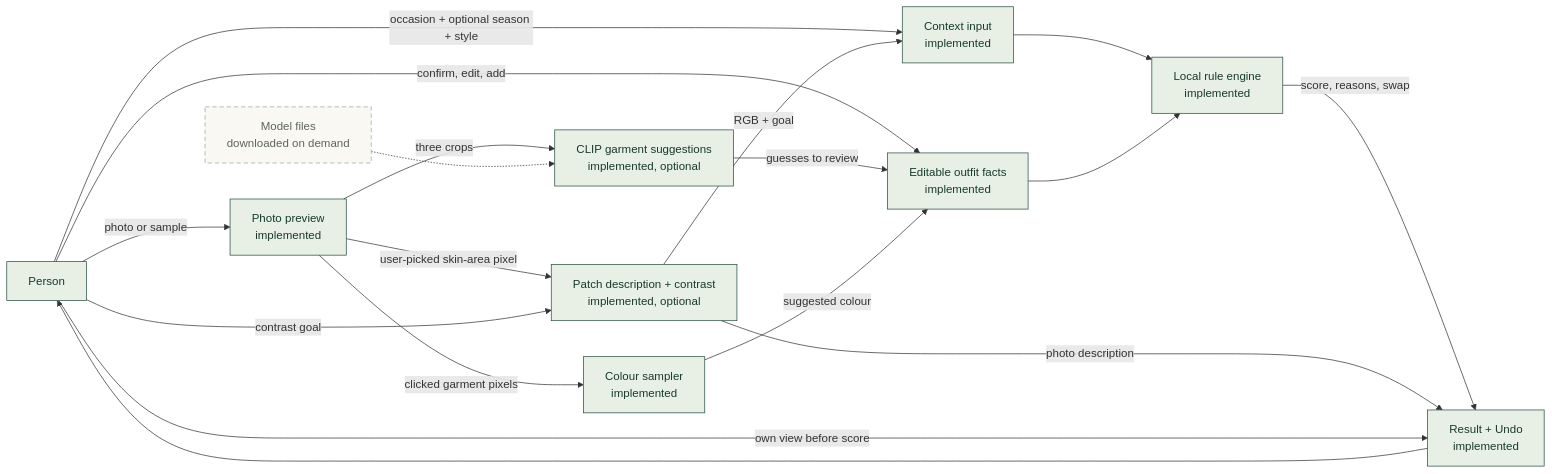
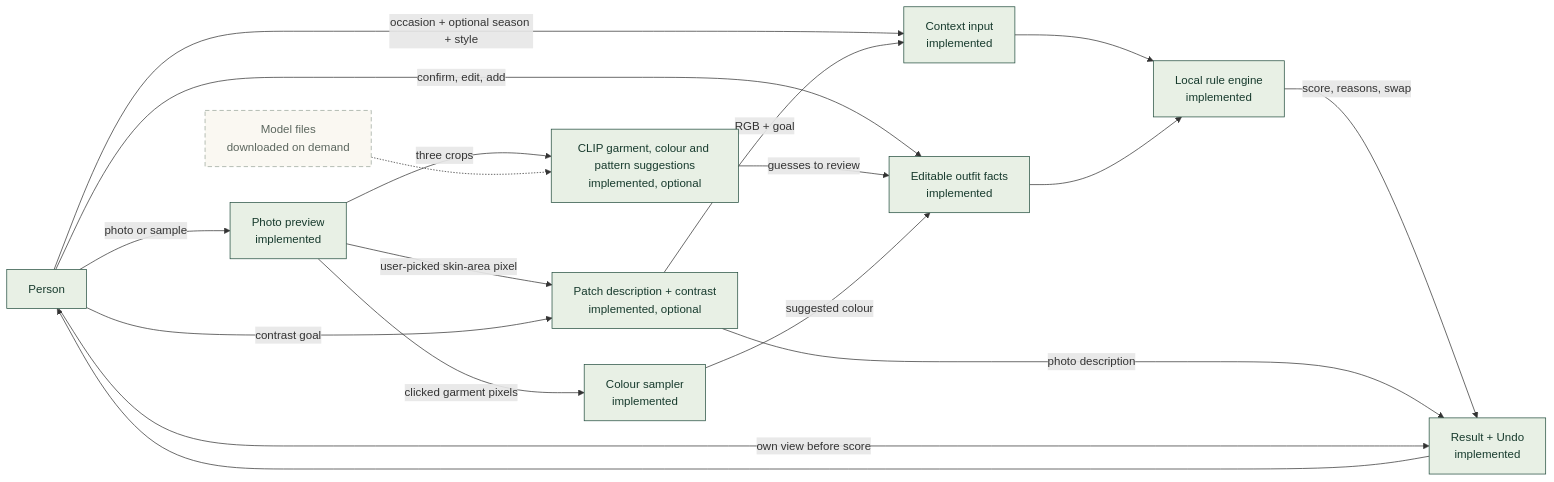
Before and after one commit to sasvatt11/outfit-considered-a2: the diagram in docs/architecture.mmd, drawn with Mermaid. The commit also changed 12 other files, not shown here.

```diff
--- a/docs/architecture.mmd
+++ b/docs/architecture.mmd
@@ -1,23 +1,23 @@
 flowchart LR
     U[Person] -->|photo or sample| P[Photo preview<br/>implemented]
-    P -->|three crops| V[CLIP garment suggestions<br/>implemented, optional]
+    P -->|three crops| V[CLIP garment, colour and pattern suggestions<br/>implemented, optional]
     M[Model files<br/>downloaded on demand] -.-> V
     U -->|confirm, edit, add| E[Editable outfit facts<br/>implemented]
     V -->|guesses to review| E
     P -->|clicked garment pixels| C[Colour sampler<br/>implemented]
     C -->|suggested colour| E
     U -->|occasion + optional season + style| X[Context input<br/>implemented]
     X --> R[Local rule engine<br/>implemented]
     E --> R
     R -->|score, reasons, swap| O[Result + Undo<br/>implemented]
     O --> U
     P -->|user-picked skin-area pixel| S[Patch description + contrast<br/>implemented, optional]
     U -->|contrast goal| S
     S -->|RGB + goal| X
     S -->|photo description| O
     U -->|own view before score| O
 
     classDef built fill:#e8f0e5,stroke:#244e3f,color:#173a2d;
     classDef external fill:#faf8f2,stroke:#9aa69b,color:#5b665e,stroke-dasharray:6 4;
     class U,P,V,E,C,X,R,O,S built;
     class M external;
```
